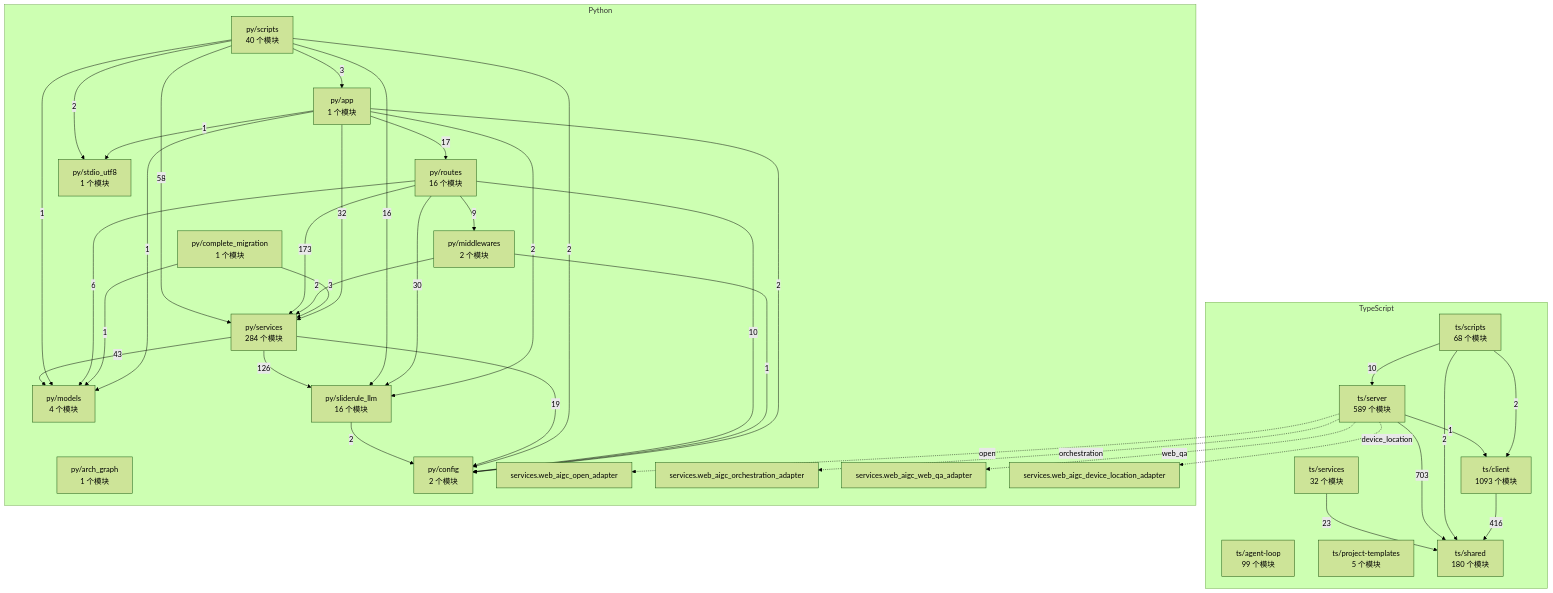
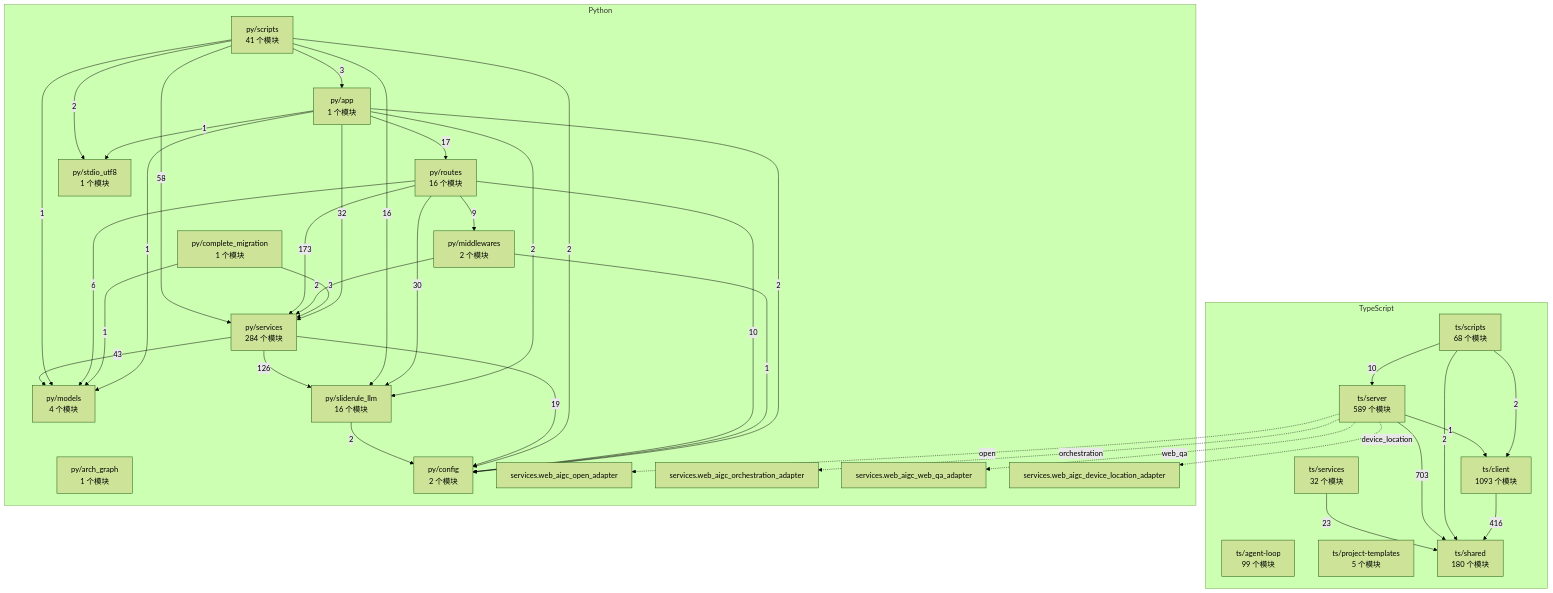
One commit to 2686521696/WhyBuddy changed the diagram in docs/WhyBuddy 全仓架构图（自动生成）.md. Above: the diagram before and after it, drawn with Mermaid (forest theme). The commit also changed 9 other files, not shown here.

````diff
--- a/docs/WhyBuddy 全仓架构图（自动生成）.md
+++ b/docs/WhyBuddy 全仓架构图（自动生成）.md
@@ -14,65 +14,65 @@
 ```mermaid
 flowchart TB
   subgraph ts [TypeScript]
     ts_agent_loop["ts/agent-loop<br/>99 个模块"]
     ts_client["ts/client<br/>1093 个模块"]
     ts_project_templates["ts/project-templates<br/>5 个模块"]
     ts_scripts["ts/scripts<br/>68 个模块"]
     ts_server["ts/server<br/>589 个模块"]
     ts_services["ts/services<br/>32 个模块"]
     ts_shared["ts/shared<br/>180 个模块"]
   end
   subgraph py [Python]
     py_app["py/app<br/>1 个模块"]
     py_arch_graph["py/arch_graph<br/>1 个模块"]
     py_complete_migration["py/complete_migration<br/>1 个模块"]
     py_config["py/config<br/>2 个模块"]
     py_middlewares["py/middlewares<br/>2 个模块"]
     py_models["py/models<br/>4 个模块"]
     py_routes["py/routes<br/>16 个模块"]
-    py_scripts["py/scripts<br/>40 个模块"]
+    py_scripts["py/scripts<br/>41 个模块"]
     py_services["py/services<br/>284 个模块"]
     py_sliderule_llm["py/sliderule_llm<br/>16 个模块"]
     py_stdio_utf8["py/stdio_utf8<br/>1 个模块"]
     py_services_web_aigc_open_adapter["services.web_aigc_open_adapter"]
     py_services_web_aigc_orchestration_adapter["services.web_aigc_orchestration_adapter"]
     py_services_web_aigc_web_qa_adapter["services.web_aigc_web_qa_adapter"]
     py_services_web_aigc_device_location_adapter["services.web_aigc_device_location_adapter"]
   end
   ts_client -->|416| ts_shared
   ts_scripts -->|2| ts_client
   ts_scripts -->|10| ts_server
   ts_scripts -->|2| ts_shared
   ts_server -->|1| ts_client
   ts_server -->|703| ts_shared
   ts_services -->|23| ts_shared
   py_app -->|2| py_config
   py_app -->|1| py_models
   py_app -->|17| py_routes
   py_app -->|32| py_services
   py_app -->|2| py_sliderule_llm
   py_app -->|1| py_stdio_utf8
   py_complete_migration -->|1| py_models
   py_complete_migration -->|3| py_services
   py_middlewares -->|1| py_config
   py_middlewares -->|2| py_services
   py_routes -->|10| py_config
   py_routes -->|9| py_middlewares
   py_routes -->|6| py_models
   py_routes -->|173| py_services
   py_routes -->|30| py_sliderule_llm
   py_scripts -->|3| py_app
   py_scripts -->|2| py_config
   py_scripts -->|1| py_models
   py_scripts -->|58| py_services
   py_scripts -->|16| py_sliderule_llm
   py_scripts -->|2| py_stdio_utf8
   py_services -->|19| py_config
   py_services -->|43| py_models
   py_services -->|126| py_sliderule_llm
   py_sliderule_llm -->|2| py_config
   ts_server -.->|open| py_services_web_aigc_open_adapter
   ts_server -.->|orchestration| py_services_web_aigc_orchestration_adapter
   ts_server -.->|web_qa| py_services_web_aigc_web_qa_adapter
   ts_server -.->|device_location| py_services_web_aigc_device_location_adapter
 ```
````
